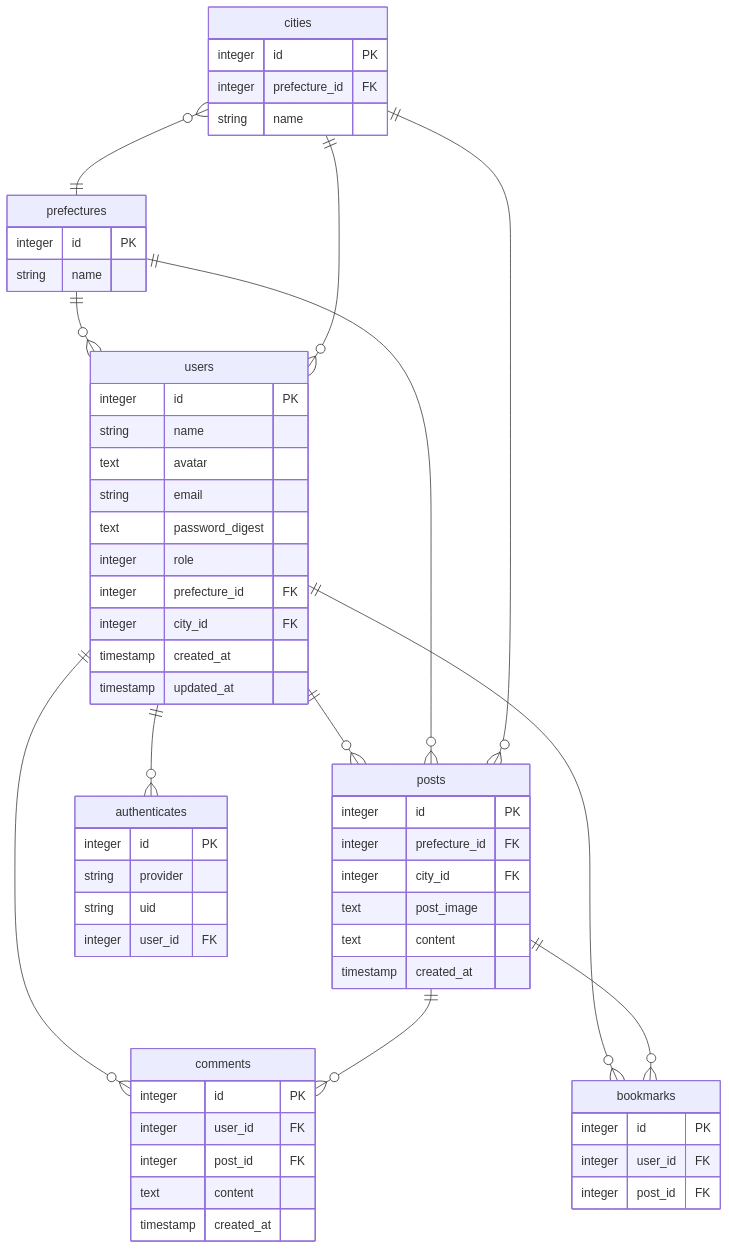
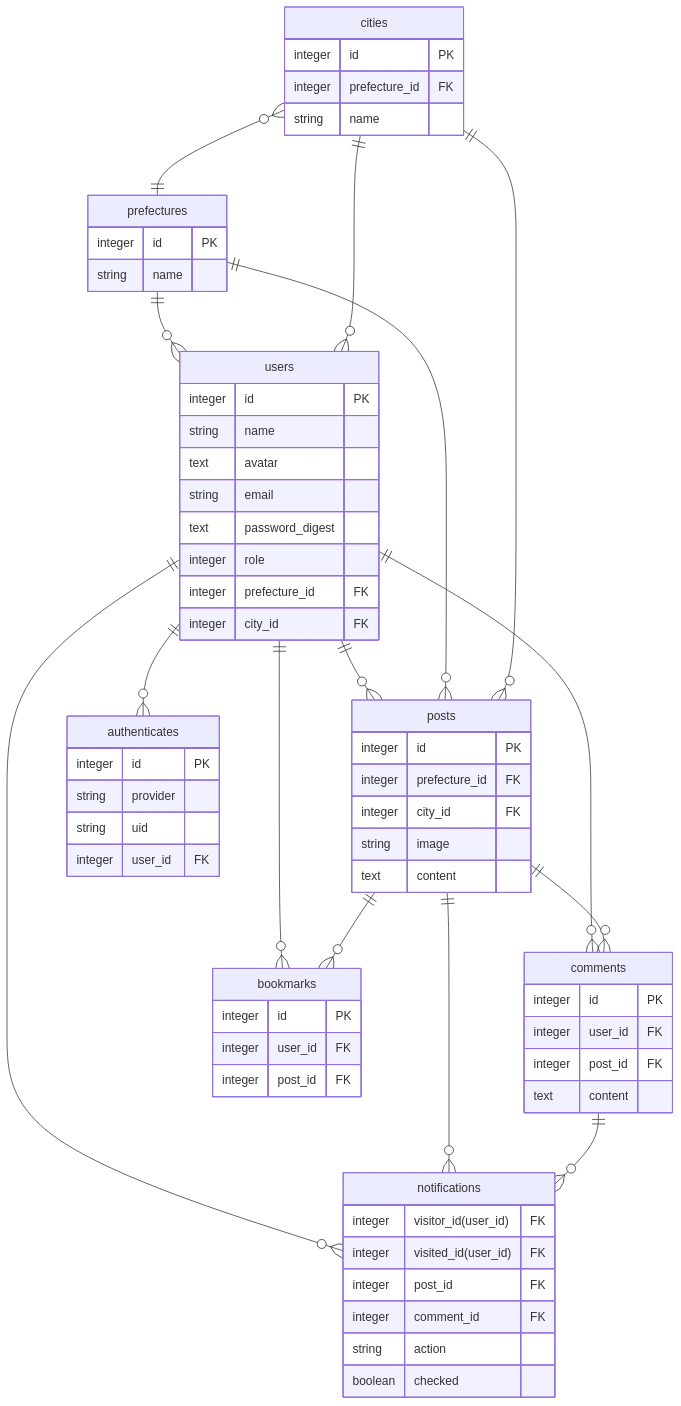
The diagram in README.md (inoserisa/jimotter), drawn with Mermaid before and after one commit.

````diff
--- a/README.md
+++ b/README.md
@@ -74,68 +74,76 @@
 ```mermaid
 erDiagram
 users ||--o{ posts: ""
 users ||--o{ comments: ""
 posts ||--o{ comments: ""
 prefectures ||--o{ users: ""
 cities ||--o{ users: ""
 cities }o--|| prefectures: ""
 prefectures ||--o{ posts: ""
 cities ||--o{ posts: ""
 users ||--o{ bookmarks:""
 posts ||--o{ bookmarks:""
 users ||--o{ authenticates:""
+users ||--o{ notifications:""
+posts ||--o{ notifications:""
+comments ||--o{ notifications:""
 
 users {
 integer id PK
 string name
 text avatar
 string email
 text password_digest
 integer role
 integer prefecture_id FK
 integer city_id FK
-timestamp created_at
-timestamp updated_at
 }
 
 posts{
 integer id PK
 integer prefecture_id FK
 integer city_id FK
-text post_image
+string image
 text content
-timestamp created_at
 }
 
 comments{
 integer id PK
 integer user_id FK
 integer post_id FK
 text content
-timestamp created_at
 }
 
 prefectures{
 integer id PK
 string name
 }
 
 cities{
 integer id PK
 integer prefecture_id FK
 string name
 }
 
 bookmarks{
 integer id PK
 integer user_id FK
 integer post_id FK
 }
 
 authenticates{
 integer id PK
 string provider
 string uid
 integer user_id FK
 }
+
+notifications{
+integer visitor_id(user_id) FK
+integer visited_id(user_id) FK
+integer post_id FK
+integer comment_id FK
+string action
+boolean checked
+}
 ```
````
